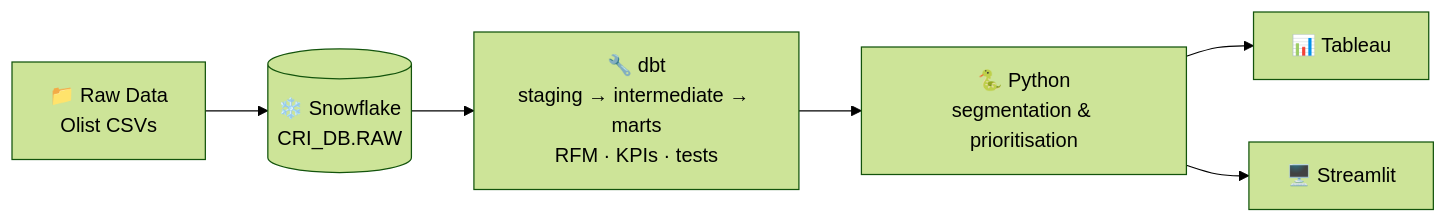
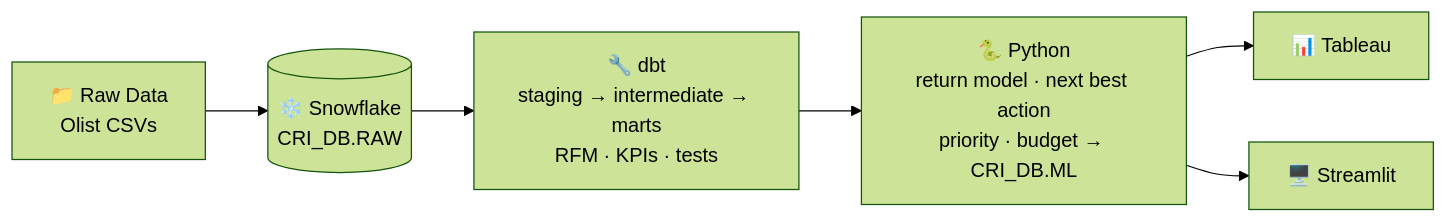
Before and after one commit to methirishika16/customer-retention-intelligence-platform: the first of 2 diagrams in README.md, drawn with Mermaid (forest theme). The commit also changed other lines of this file and 25 other files, not shown here.

Commit message:
Sprint 3: retention model, next best action, priority score and budget plan

````diff
--- a/README.md
+++ b/README.md
@@ -19,8 +19,8 @@
 ```mermaid
 flowchart LR
     A["📁 Raw Data<br/>Olist CSVs"] --> B[("❄️ Snowflake<br/>CRI_DB.RAW")]
     B --> C["🔧 dbt<br/>staging → intermediate → marts<br/>RFM · KPIs · tests"]
-    C --> D["🐍 Python<br/>segmentation & prioritisation"]
+    C --> D["🐍 Python<br/>return model · next best action<br/>priority · budget → CRI_DB.ML"]
     D --> E["📊 Tableau"]
     D --> F["🖥️ Streamlit"]
 ```
````
